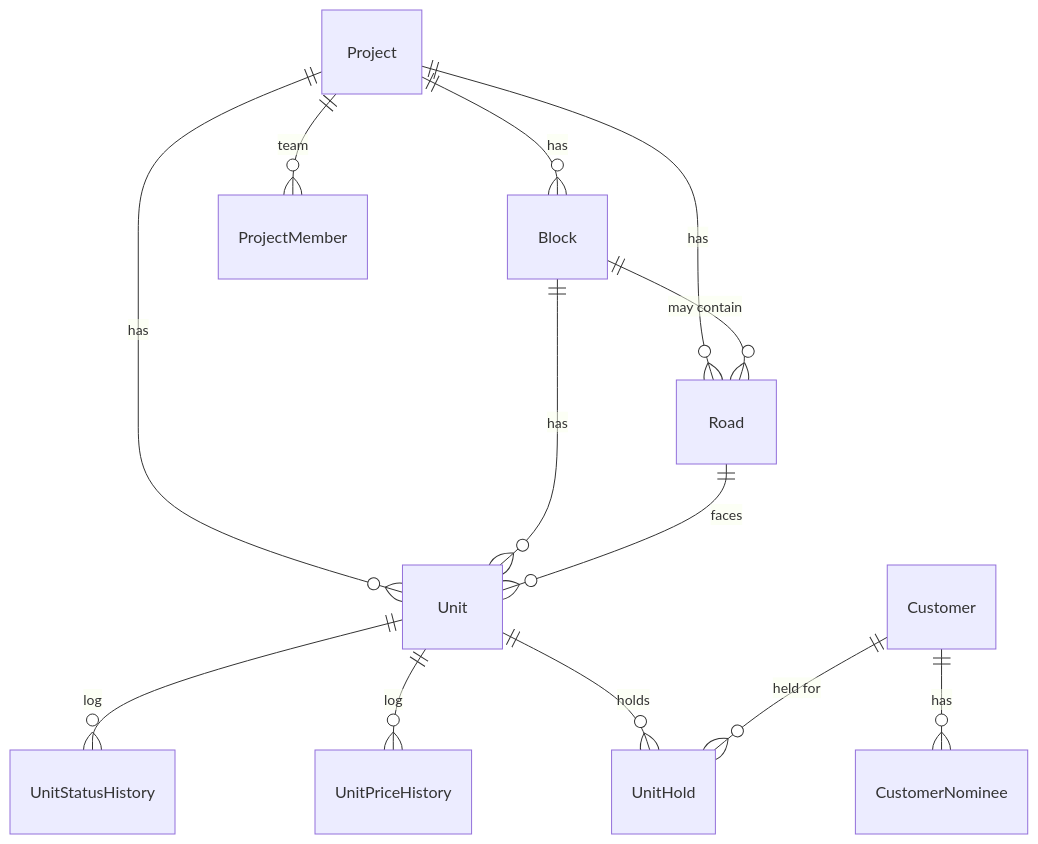
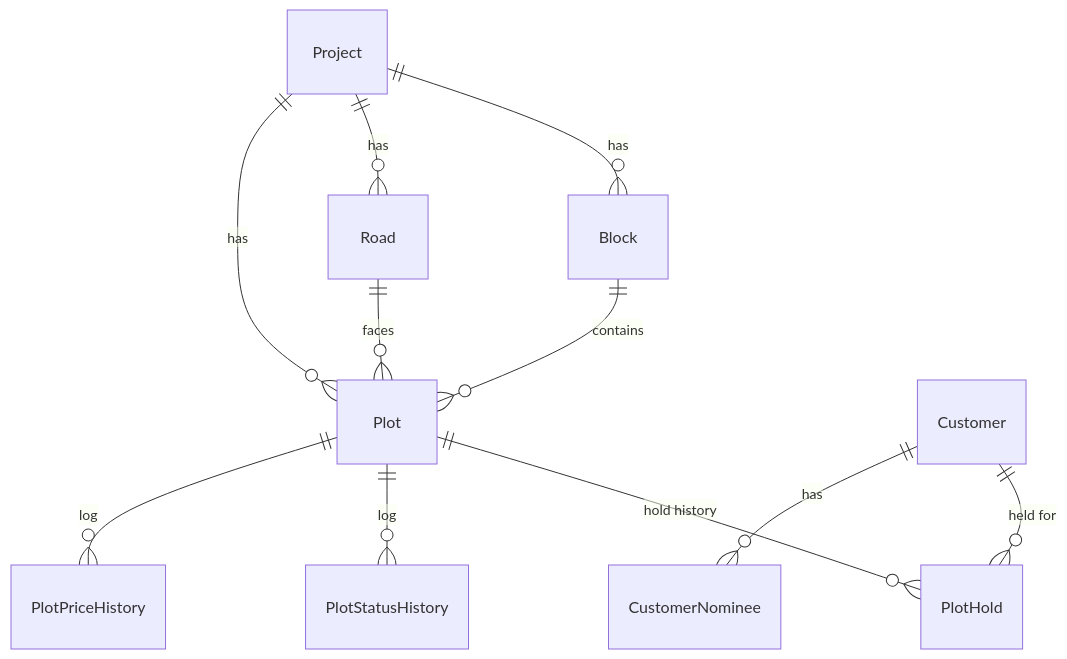
One commit to limon513/fujisan-erp-backend changed the second of 3 diagrams in docs/03-database-design.md. Above: the diagram before and after it, drawn with Mermaid. The commit also changed other lines of this file and 2 other files, not shown here.

````diff
--- a/docs/03-database-design.md
+++ b/docs/03-database-design.md
@@ -93,15 +98,13 @@
 ```mermaid
 erDiagram
   Project ||--o{ Block : has
   Project ||--o{ Road : has
-  Block ||--o{ Road : "may contain"
-  Project ||--o{ Unit : has
-  Block ||--o{ Unit : has
-  Road ||--o{ Unit : "faces"
-  Unit ||--o{ UnitStatusHistory : log
-  Unit ||--o{ UnitPriceHistory : log
-  Unit ||--o{ UnitHold : holds
+  Project ||--o{ Plot : has
+  Block ||--o{ Plot : contains
+  Road ||--o{ Plot : "faces"
+  Plot ||--o{ PlotHold : "hold history"
+  Plot ||--o{ PlotStatusHistory : log
+  Plot ||--o{ PlotPriceHistory : log
+  Customer ||--o{ PlotHold : "held for"
   Customer ||--o{ CustomerNominee : has
-  Customer ||--o{ UnitHold : "held for"
-  Project ||--o{ ProjectMember : team
 ```
````
